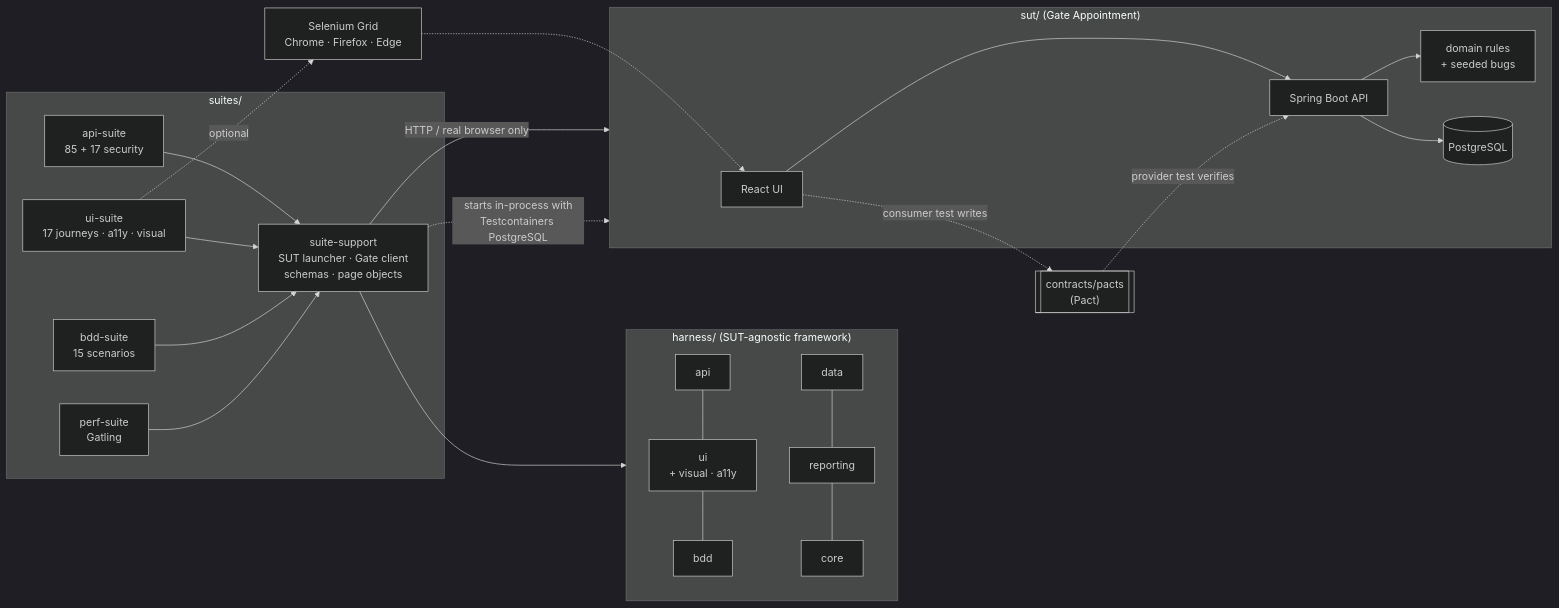
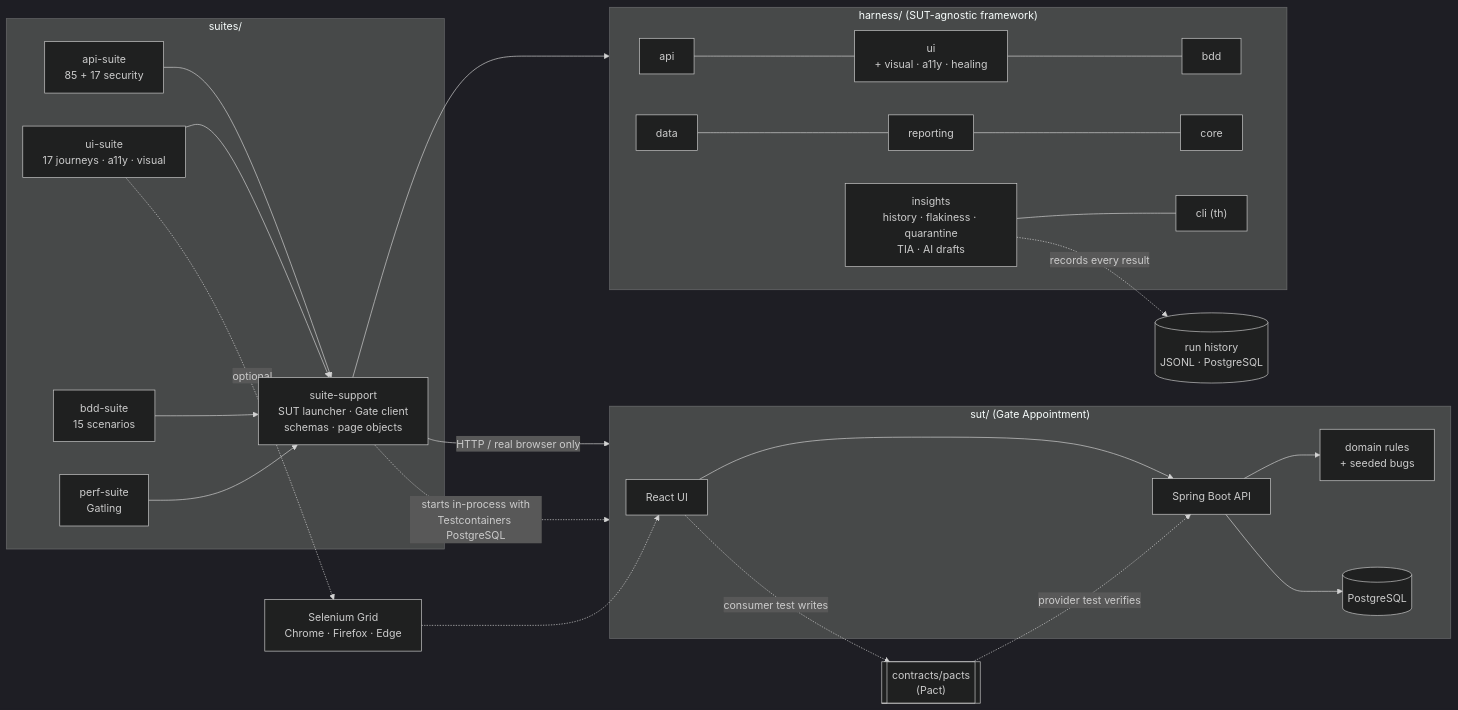
Before and after one commit to RaktimChandra/TestHarness: the diagram in README.md, drawn with Mermaid (dark theme). The commit also changed other lines of this file and 1 other file, not shown here.

````diff
--- a/README.md
+++ b/README.md
@@ -68,26 +92,29 @@
 ```mermaid
 flowchart LR
   subgraph SUITES["suites/"]
     SAPI["api-suite<br/>85 + 17 security"]
     SUI["ui-suite<br/>17 journeys · a11y · visual"]
     SBDD["bdd-suite<br/>15 scenarios"]
     SPERF["perf-suite<br/>Gatling"]
     SUP["suite-support<br/>SUT launcher · Gate client<br/>schemas · page objects"]
   end
   subgraph FW["harness/ (SUT-agnostic framework)"]
-    HAPI["api"] --- HUI["ui<br/>+ visual · a11y"] --- BDD["bdd"]
+    HAPI["api"] --- HUI["ui<br/>+ visual · a11y · healing"] --- BDD["bdd"]
     DATA["data"] --- REP["reporting"] --- CORE["core"]
+    INS["insights<br/>history · flakiness · quarantine<br/>TIA · AI drafts"] --- CLI["cli (th)"]
   end
+  HIST[("run history<br/>JSONL · PostgreSQL")]
+  INS -. "records every result" .-> HIST
   subgraph SUT["sut/ (Gate Appointment)"]
     WEB["React UI"] --> API["Spring Boot API"] --> DOM["domain rules<br/>+ seeded bugs"]
     API --> PG[(PostgreSQL)]
   end
   PACT[["contracts/pacts<br/>(Pact)"]]
   GRID["Selenium Grid<br/>Chrome · Firefox · Edge"]
   WEB -. "consumer test writes" .-> PACT
   PACT -. "provider test verifies" .-> API
   SAPI & SUI & SBDD & SPERF --> SUP --> FW
   SUP -- "HTTP / real browser only" --> SUT
   SUP -. "starts in-process with<br/>Testcontainers PostgreSQL" .-> SUT
   SUI -. "optional" .-> GRID -.-> WEB
 ```
````
